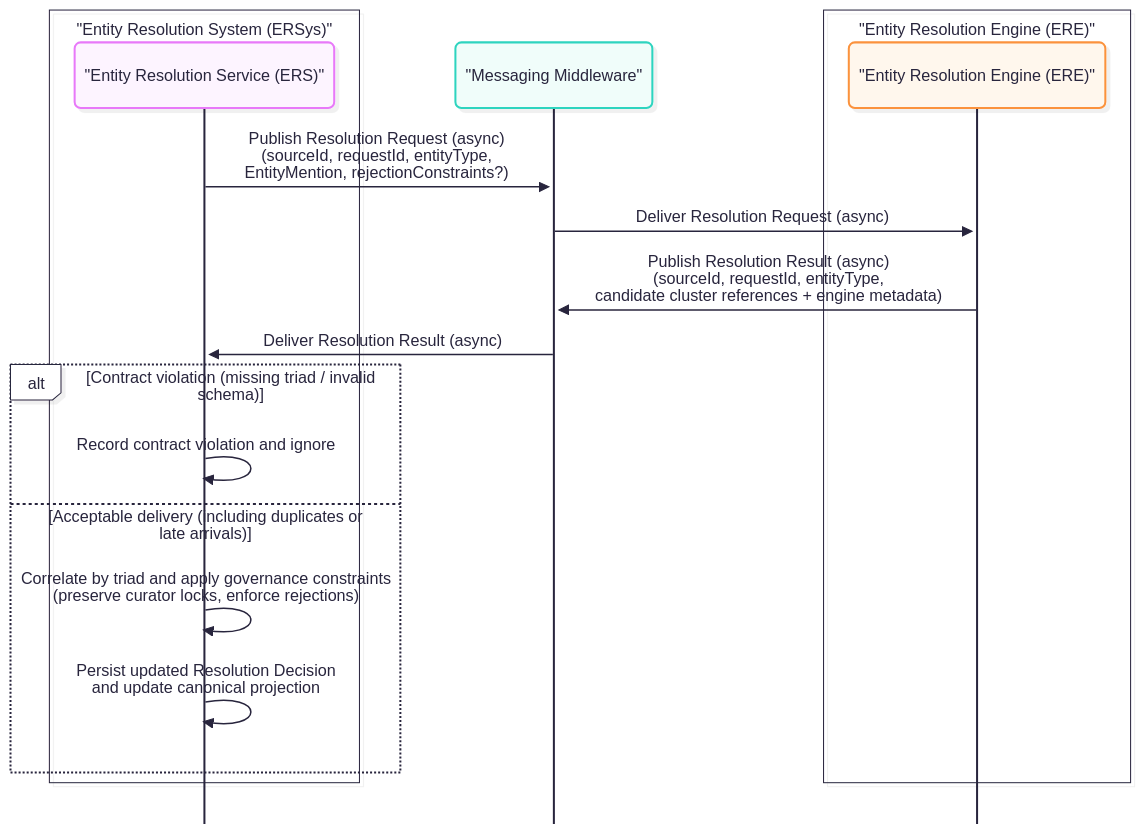
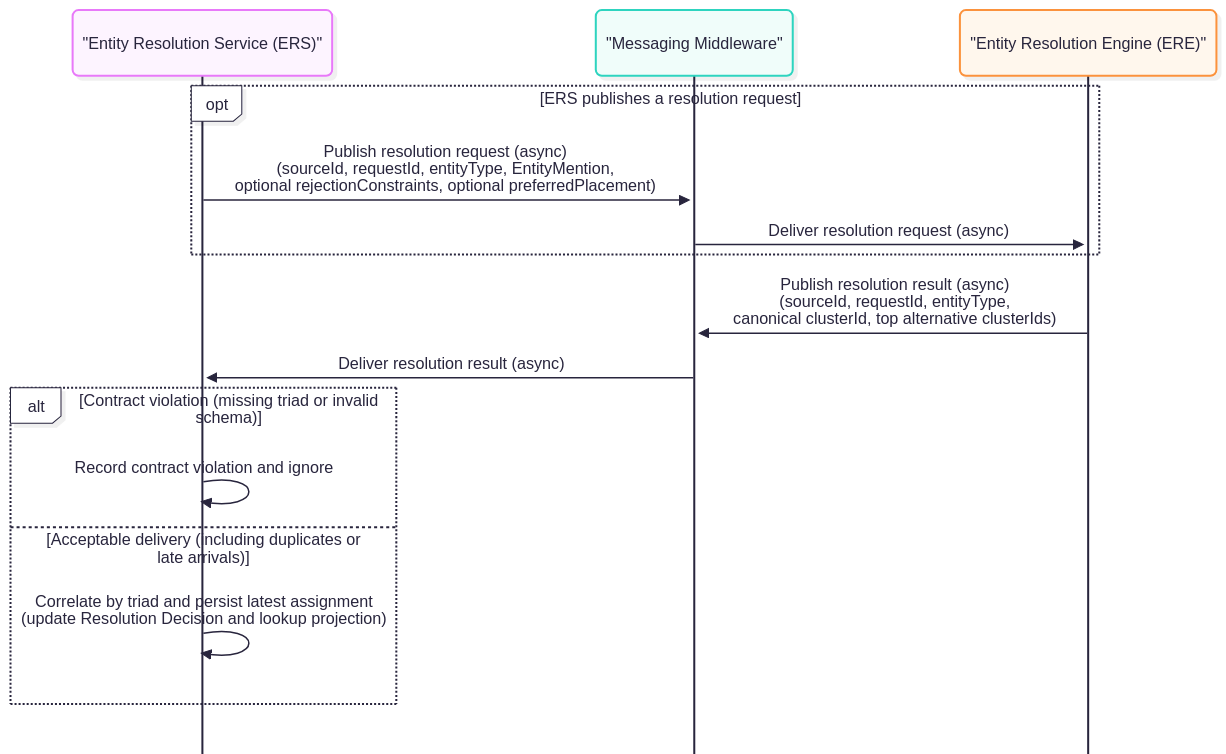
One commit to OP-TED/entity-resolution-spec changed the diagram in docs/architecture/sequence_diagrams/spine-B-ERS-ERE-async-exchange(simplified).mmd. Above: the diagram before and after it, drawn with Mermaid. The commit also changed 11 other files, not shown here.

First line of the commit message:
update sequence diagrams

```diff
--- a/docs/architecture/sequence_diagrams/spine-B-ERS-ERE-async-exchange(simplified).mmd
+++ b/docs/architecture/sequence_diagrams/spine-B-ERS-ERE-async-exchange(simplified).mmd
@@ -1,48 +1,42 @@
 ---
 config:
   look: neo
   theme: redux-color
   mirrorActors: false
   sequence:
     bottomMarginAdj: 0.1
 ---
 sequenceDiagram
-%% Maps to EA diagram: UML Sequence (Spine B – simplified)
-%% Purpose: ERS–ERE asynchronous proposal exchange and governance-first integration.
-%% Focus: triad correlation, advisory engine outputs, and governed state update.
-%% Excludes: client REST flows, detailed store choreography, scoring internals,
-%% pruning mechanics, curation UI, and rebuild initiation.
+%% Maps to EA diagram: UML Sequence (Spine B)
+%% Purpose: async resolution outcome integration and UC12 processing
+%% Covers: solicited outcomes (Spine A, Spine D) and unsolicited outcomes (engine initiated reclustering)
+%% Focus: triad correlation, optional constraints, at least once delivery tolerance
+%% Excludes: client REST flows, detailed store choreography, scoring internals, curation UI
 
-box "Entity Resolution System (ERSys)"
+%%box "Entity Resolution System (ERSys)"
     participant ERS as "Entity Resolution Service (ERS)"
-end
+%%end
 
 participant MessagingMiddleware as "Messaging Middleware"
 
-box "Entity Resolution Engine (ERE)"
+%%box "Entity Resolution Engine (ERE)"
     participant ERE as "Entity Resolution Engine (ERE)"
+%%end
+
+opt ERS publishes a resolution request
+    ERS ->> MessagingMiddleware: Publish resolution request (async)<br/>(sourceId, requestId, entityType, EntityMention,<br/>optional rejectionConstraints, optional preferredPlacement)
+    MessagingMiddleware ->> ERE: Deliver resolution request (async)
 end
 
-%% --- Request (triggered by Spine A or rebuild processing) ---
-ERS ->> MessagingMiddleware: Publish Resolution Request (async)<br/>(sourceId, requestId, entityType,<br/>EntityMention, rejectionConstraints?)
-MessagingMiddleware ->> ERE: Deliver Resolution Request (async)
+%% Resolution outcome
+ERE ->> MessagingMiddleware: Publish resolution result (async)<br/>(sourceId, requestId, entityType,<br/>canonical clusterId, top alternative clusterIds)
+MessagingMiddleware ->> ERS: Deliver resolution result (async)
 
-%% --- Advisory result ---
-ERE ->> MessagingMiddleware: Publish Resolution Result (async)<br/>(sourceId, requestId, entityType,<br/>candidate cluster references + engine metadata)
-MessagingMiddleware ->> ERS: Deliver Resolution Result (async)
-
-%% --- Governance-first integration ---
-alt Contract violation (missing triad / invalid schema)
+%% UC12 processing
+alt Contract violation (missing triad or invalid schema)
     ERS ->> ERS: Record contract violation and ignore
 else Acceptable delivery (including duplicates or late arrivals)
-    ERS ->> ERS: Correlate by triad and apply governance constraints<br/>(preserve curator locks, enforce rejections)
-    ERS ->> ERS: Persist updated Resolution Decision<br/>and update canonical projection
+    ERS ->> ERS: Correlate by triad and persist latest assignment<br/>(update Resolution Decision and lookup projection)
 end
 
-%% note right of ERS:
-%%   ERE outputs are advisory proposals only.
-%%   Messaging is at-least-once; ERS tolerates duplicates and lateness.
-%%   Integration may occur after a client resolve has completed:
-%%   - governance state is updated,
-%%   - no callbacks or notifications are triggered,
-%%   - completed client requests are not retroactively altered.
+%% note right of ERS: Optional rejectionConstraints express negative evidence<br/>Optional preferredPlacement expresses recommended cluster assignment<br/>Outcomes may arrive without a preceding request due to engine initiated reclustering<br/>Messaging is at least once and results may be late or duplicated<br/>Completed client responses are not retroactively changed
```
